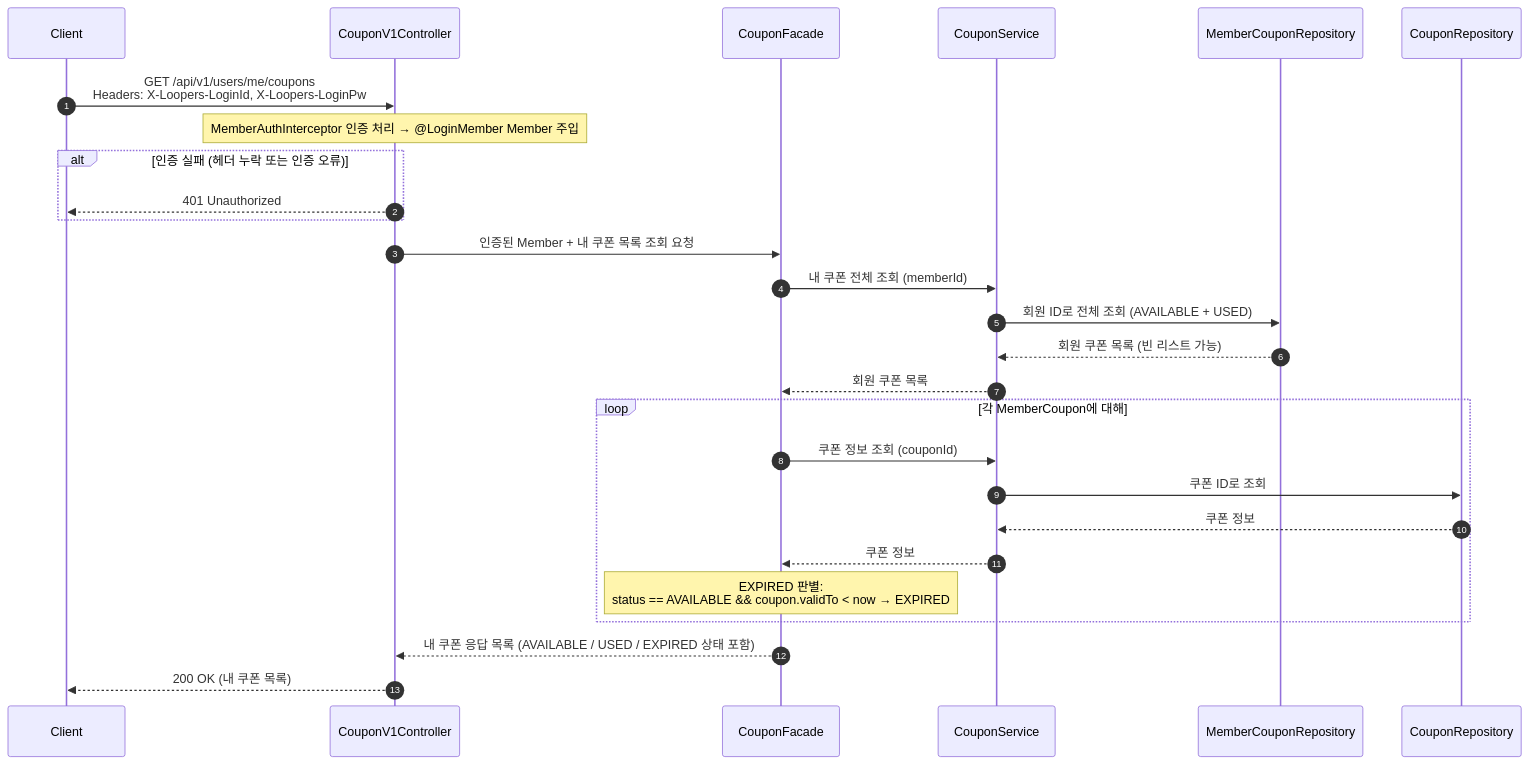
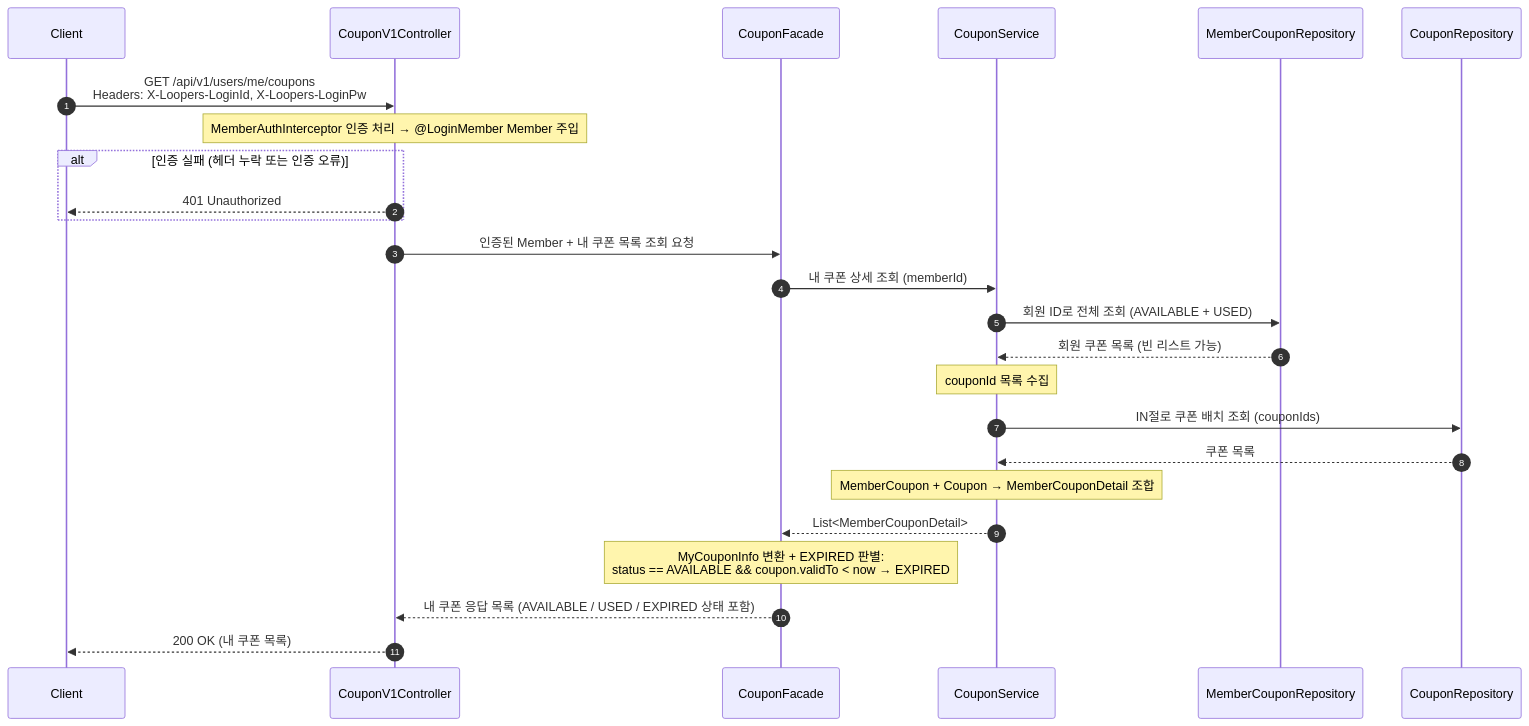
One commit to jsj1215/loop-pack-be-l2-vol3-java changed diagram 12 of 29 in docs/design/02-sequence-diagrams.md. Above: the diagram before and after it, drawn with Mermaid. The commit also changed other lines of this file and 3 other files, not shown here.

````diff
--- a/docs/design/02-sequence-diagrams.md
+++ b/docs/design/02-sequence-diagrams.md
@@ -664,34 +616,33 @@
 ```mermaid
 sequenceDiagram
     autonumber
     participant Client
     participant Controller as CouponV1Controller
     participant Facade as CouponFacade
     participant Service as CouponService
     participant MemberCouponRepo as MemberCouponRepository
     participant CouponRepo as CouponRepository
 
     Client->>Controller: GET /api/v1/users/me/coupons<br/>Headers: X-Loopers-LoginId, X-Loopers-LoginPw
 
     Note over Controller: MemberAuthInterceptor 인증 처리 → @LoginMember Member 주입
     alt 인증 실패 (헤더 누락 또는 인증 오류)
         Controller-->>Client: 401 Unauthorized
     end
 
     Controller->>Facade: 인증된 Member + 내 쿠폰 목록 조회 요청
-    Facade->>Service: 내 쿠폰 전체 조회 (memberId)
+    Facade->>Service: 내 쿠폰 상세 조회 (memberId)
     Service->>MemberCouponRepo: 회원 ID로 전체 조회 (AVAILABLE + USED)
     MemberCouponRepo-->>Service: 회원 쿠폰 목록 (빈 리스트 가능)
-    Service-->>Facade: 회원 쿠폰 목록
 
-    loop 각 MemberCoupon에 대해
-        Facade->>Service: 쿠폰 정보 조회 (couponId)
-        Service->>CouponRepo: 쿠폰 ID로 조회
-        CouponRepo-->>Service: 쿠폰 정보
-        Service-->>Facade: 쿠폰 정보
-        Note over Facade: EXPIRED 판별:<br/>status == AVAILABLE && coupon.validTo < now → EXPIRED
-    end
+    Note over Service: couponId 목록 수집
+    Service->>CouponRepo: IN절로 쿠폰 배치 조회 (couponIds)
+    CouponRepo-->>Service: 쿠폰 목록
+    Note over Service: MemberCoupon + Coupon → MemberCouponDetail 조합
+
+    Service-->>Facade: List<MemberCouponDetail>
+    Note over Facade: MyCouponInfo 변환 + EXPIRED 판별:<br/>status == AVAILABLE && coupon.validTo < now → EXPIRED
 
     Facade-->>Controller: 내 쿠폰 응답 목록 (AVAILABLE / USED / EXPIRED 상태 포함)
     Controller-->>Client: 200 OK (내 쿠폰 목록)
 ```
````
